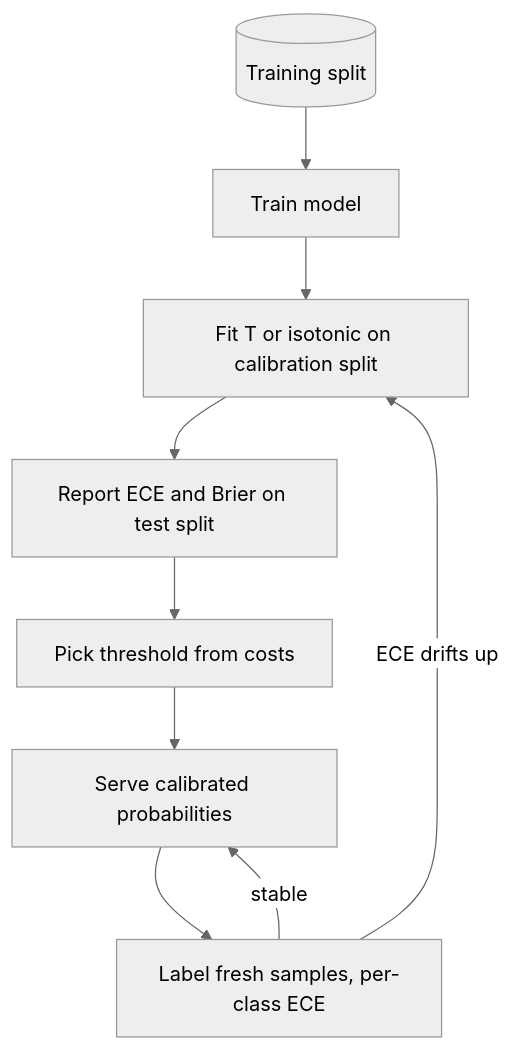
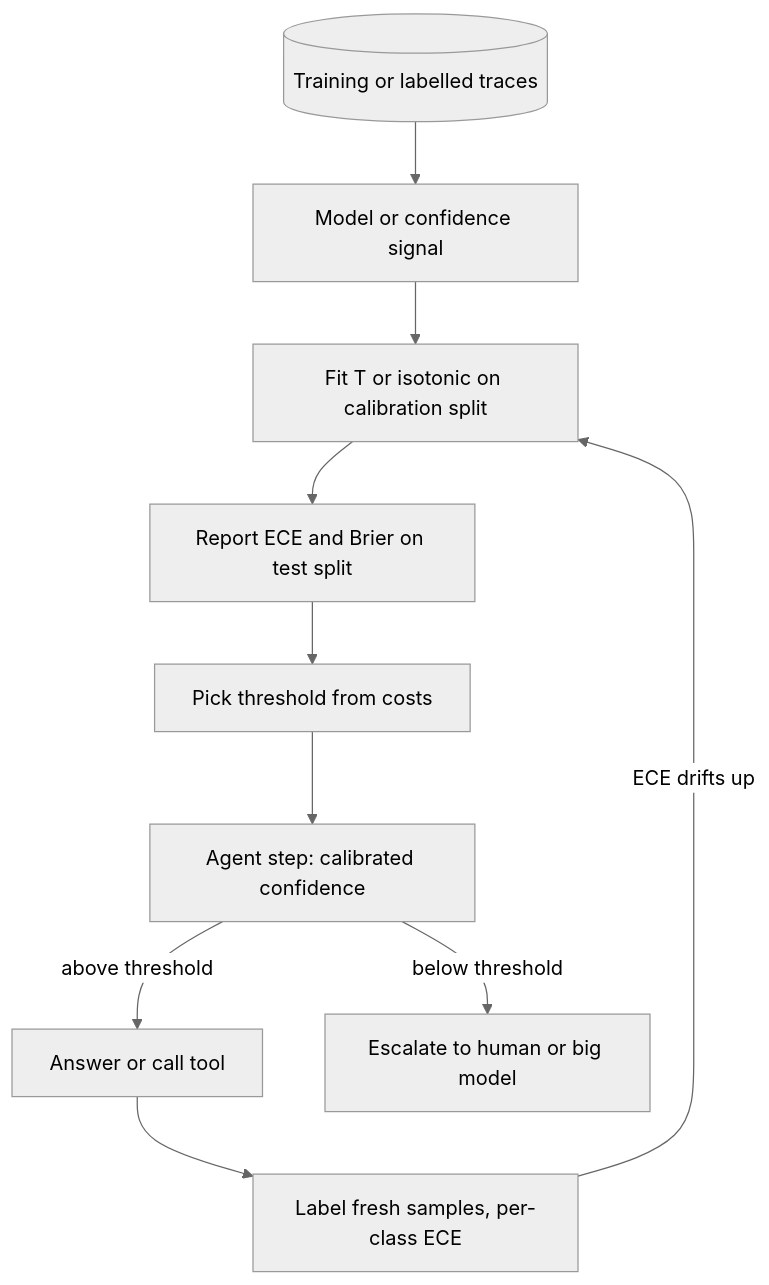
One commit to lovishmahajan97/agentic-learning changed the diagram in content/ml-fundamentals/calibration.md. Above: the diagram before and after it, drawn with Mermaid (neutral theme). The commit also changed other lines of this file and 485 other files, not shown here.

````diff
--- a/content/ml-fundamentals/calibration.md
+++ b/content/ml-fundamentals/calibration.md
@@ -151,11 +168,12 @@
 ```mermaid
 flowchart TD
-    TR[("Training split")] --> M["Train model"]
+    TR[("Training or labelled traces")] --> M["Model or confidence signal"]
     M --> CAL["Fit T or isotonic on calibration split"]
     CAL --> REP["Report ECE and Brier on test split"]
     REP --> TH["Pick threshold from costs"]
-    TH --> P["Serve calibrated probabilities"]
-    P --> MON["Label fresh samples, per-class ECE"]
+    TH --> P["Agent step: calibrated confidence"]
+    P -->|"above threshold"| ANS["Answer or call tool"]
+    P -->|"below threshold"| ESC["Escalate to human or big model"]
+    ANS --> MON["Label fresh samples, per-class ECE"]
     MON -->|"ECE drifts up"| CAL
-    MON -->|"stable"| P
 ```
````
